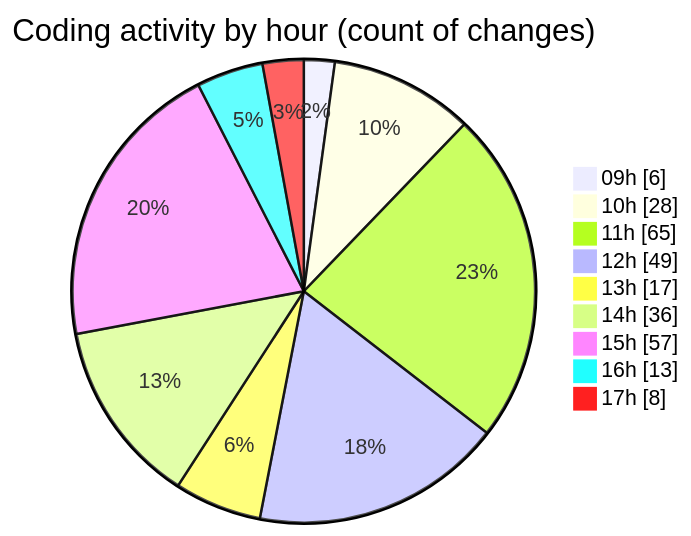
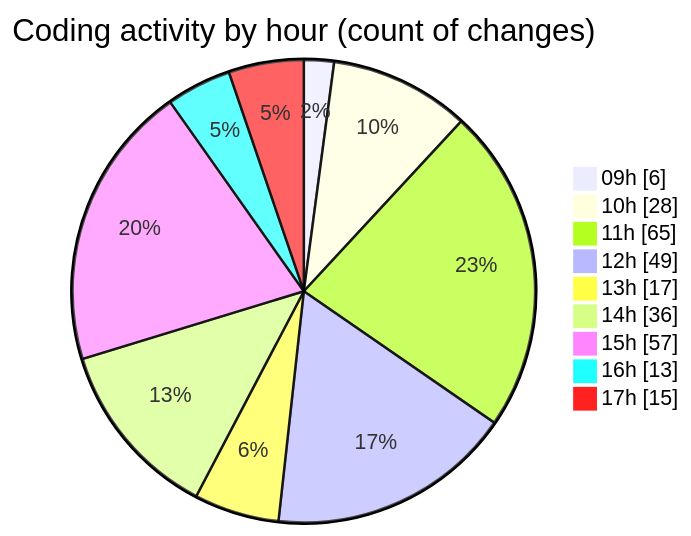
One commit to momahboobian/code-tracking changed the second of 2 diagrams in 2025-03-27/cda/README.md. Above: the diagram before and after it, drawn with Mermaid. The commit also changed other lines of this file and 1 other file, not shown here.

````diff
--- a/2025-03-27/cda/README.md
+++ b/2025-03-27/cda/README.md
@@ -33,13 +33,13 @@
 ```mermaid
 pie showData
 title Coding activity by hour (count of changes)
 "09h" : 6
 "10h" : 28
 "11h" : 65
 "12h" : 49
 "13h" : 17
 "14h" : 36
 "15h" : 57
 "16h" : 13
-"17h" : 8
+"17h" : 15
 ```
````
